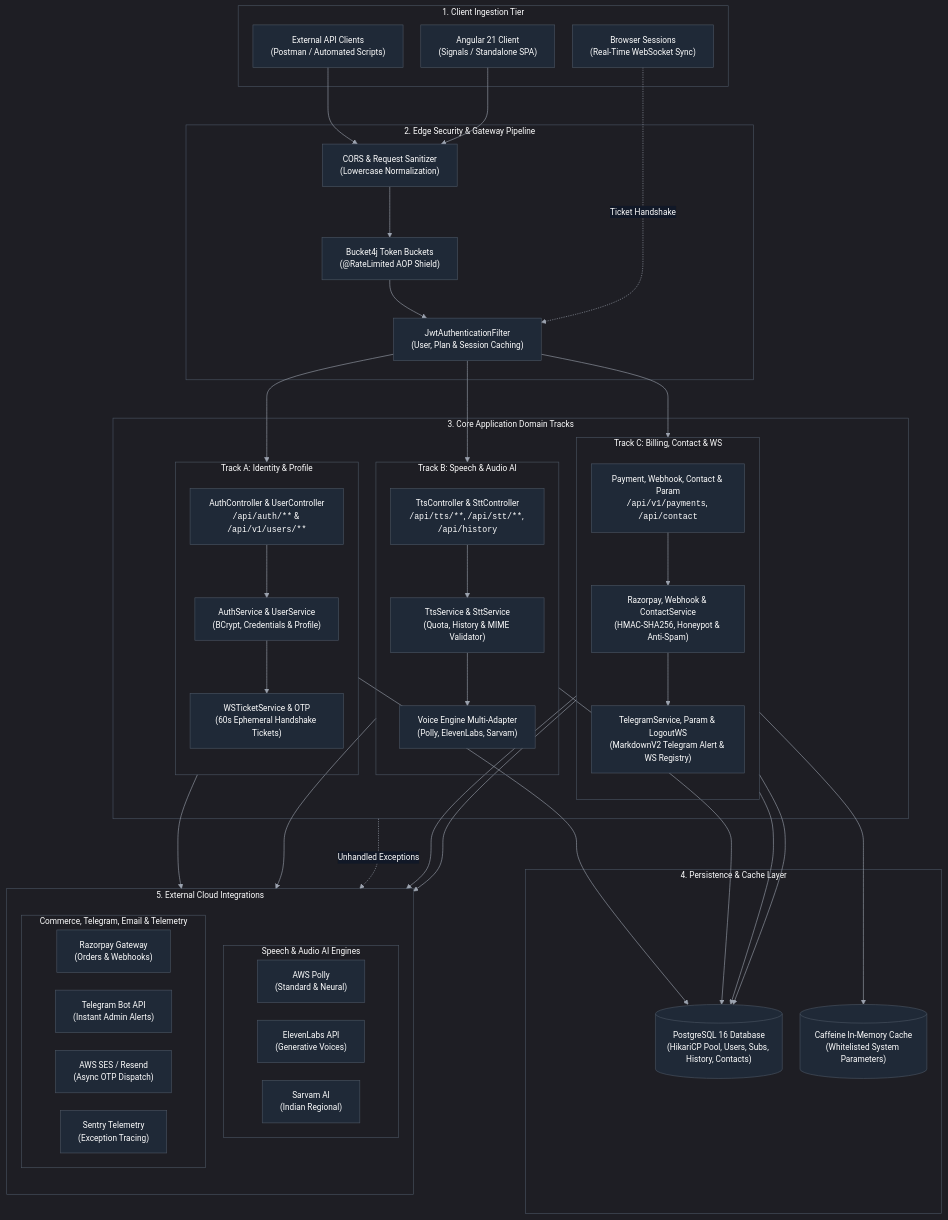
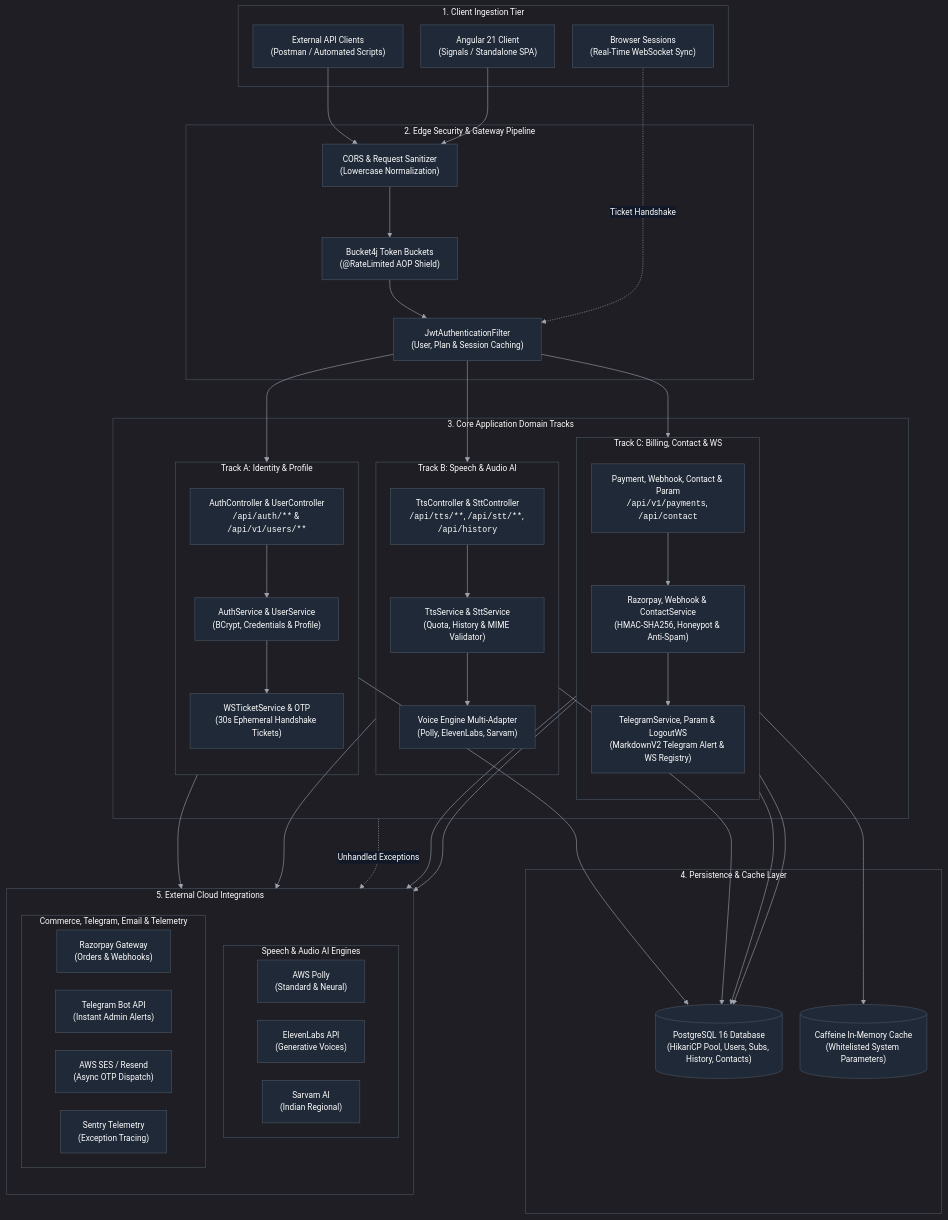
Before and after one commit to Mohitur669/speakit: the first of 37 diagrams in docs/API-Spec.md, drawn with Mermaid. The commit also changed other lines of this file and 1 other file, not shown here.

First line of the commit message:
docs(api): address review feedback on payment verification, token claims, and service contracts

```diff
--- a/docs/API-Spec.md
+++ b/docs/API-Spec.md
@@ -76,7 +76,7 @@
             direction TB
             A_CTRL["AuthController & UserController<br/><code>/api/auth/**</code> & <code>/api/v1/users/**</code>"]
             A_SVC["AuthService & UserService<br/>(BCrypt, Credentials & Profile)"]
-            A_TICK["WSTicketService & OTP<br/>(60s Ephemeral Handshake Tickets)"]
+            A_TICK["WSTicketService & OTP<br/>(30s Ephemeral Handshake Tickets)"]
             A_CTRL --> A_SVC --> A_TICK
         end
 
```
